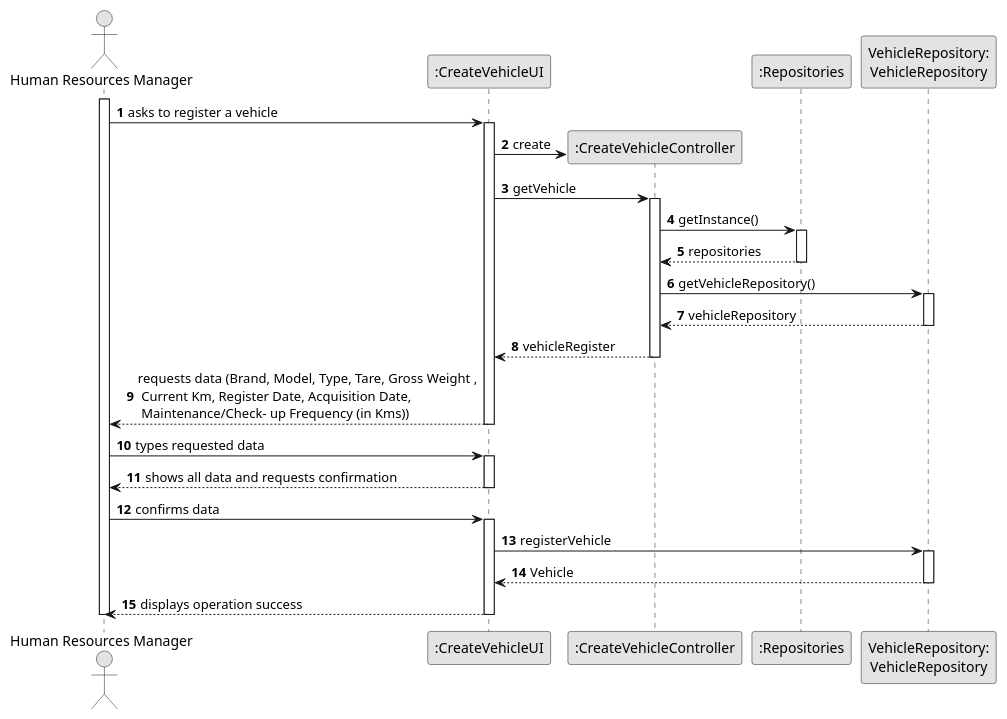
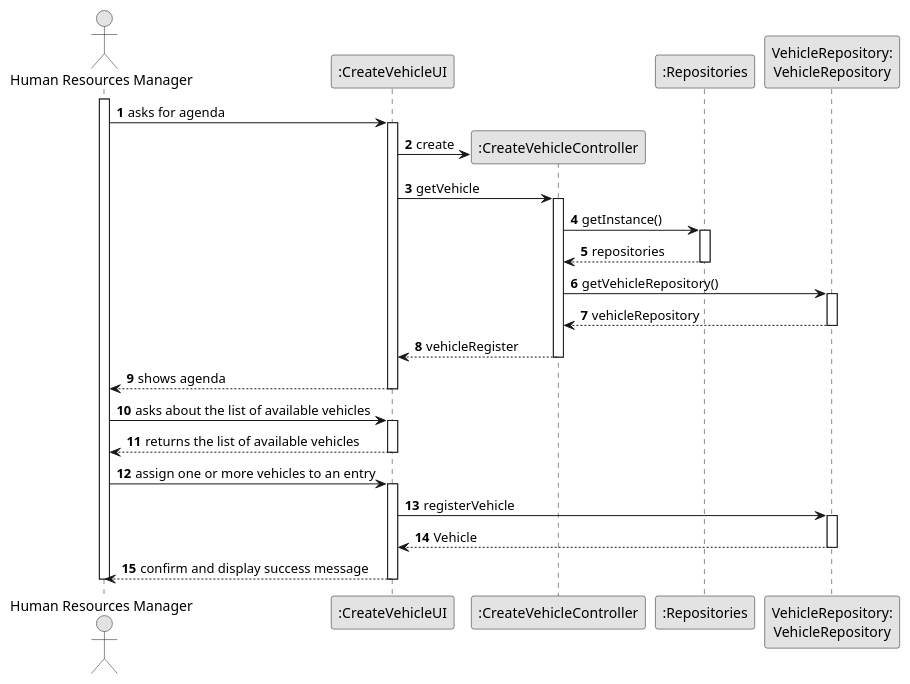
One commit to Departamento-de-Engenharia-Informatica/lei-24-s2-1dl-g121 changed the diagram in docs/sprintC/us026/03.design/puml/us026-sequence-diagram-full.puml. Above: the diagram before and after it, drawn with PlantUML. The commit also changed 1 other file, not shown here.

```diff
--- a/docs/sprintC/us026/03.design/puml/us026-sequence-diagram-full.puml
+++ b/docs/sprintC/us026/03.design/puml/us026-sequence-diagram-full.puml
@@ -1,73 +1,73 @@
 @startuml
 skinparam monochrome true
 skinparam packageStyle rectangle
 skinparam shadowing false
 
 autonumber
 
 'hide footbox
 actor "Human Resources Manager" as ADM
 participant ":CreateVehicleUI" as UI
 participant ":CreateVehicleController" as CTRL
 participant ":Repositories" as RepositorySingleton
 participant "VehicleRepository:\nVehicleRepository" as TaskCategoryRepository
 
 
 activate ADM
 
-        ADM -> UI : asks to register a vehicle
+        ADM -> UI : asks for agenda
 
         activate UI
 
 '            UI --> ADM : requests data (reference, description,  informal \n description, technical description, duration, cost)
             'create CTRL
             UI -> CTRL** : create
 
             UI -> CTRL : getVehicle
             activate CTRL
 
                 CTRL -> RepositorySingleton : getInstance()
                 activate RepositorySingleton
 
                     RepositorySingleton --> CTRL: repositories
                 deactivate RepositorySingleton
 
                 CTRL -> TaskCategoryRepository : getVehicleRepository()
                 activate TaskCategoryRepository
 
                     TaskCategoryRepository --> CTRL: vehicleRepository
                 deactivate TaskCategoryRepository
 
 
 
                 CTRL --> UI : vehicleRegister
             deactivate CTRL
 
-            UI --> ADM : requests data (Brand, Model, Type, Tare, Gross Weight ,\n Current Km, Register Date, Acquisition Date,\n Maintenance/Check- up Frequency (in Kms))
+            UI --> ADM : shows agenda
         deactivate UI
 
-    ADM -> UI : types requested data
+    ADM -> UI : asks about the list of available vehicles
     activate UI
 
-        UI --> ADM : shows all data and requests confirmation
+        UI --> ADM : returns the list of available vehicles
     deactivate UI
 
-    ADM -> UI : confirms data
+    ADM -> UI : assign one or more vehicles to an entry
     activate UI
 
     UI -> TaskCategoryRepository : registerVehicle
 
         activate TaskCategoryRepository
 
         TaskCategoryRepository --> UI : Vehicle
 
 
         deactivate  TaskCategoryRepository
 
             deactivate CTRL
-            UI --> ADM: displays operation success
+            UI --> ADM:  confirm and display success message
     deactivate UI
 
 deactivate ADM
 
 @enduml
```
